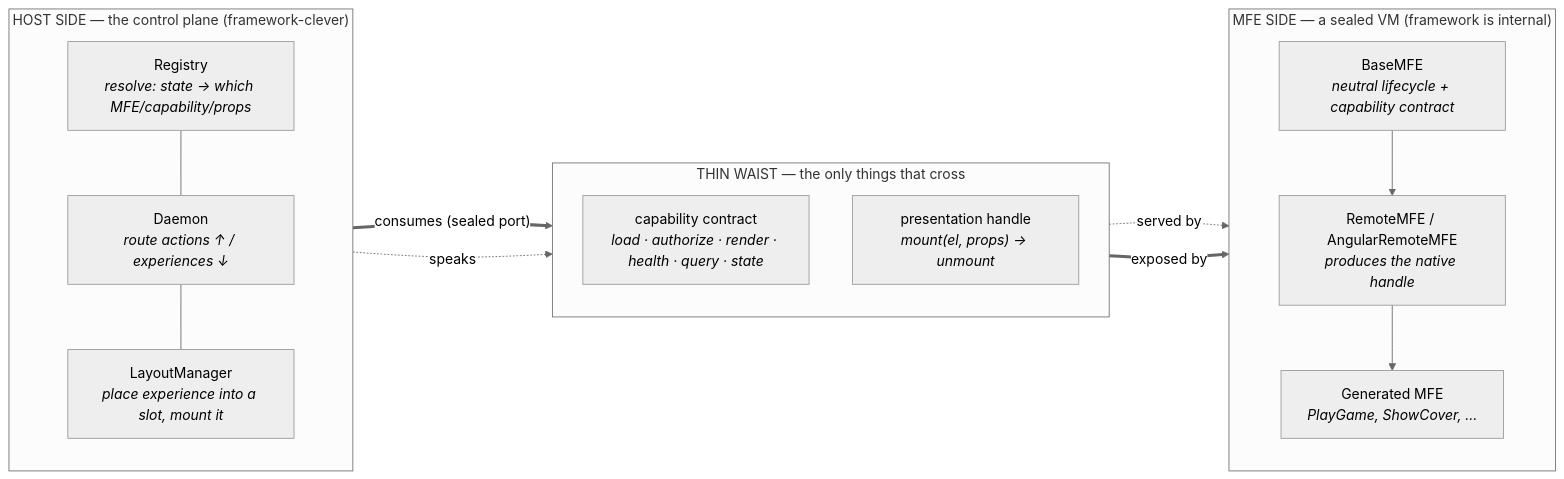
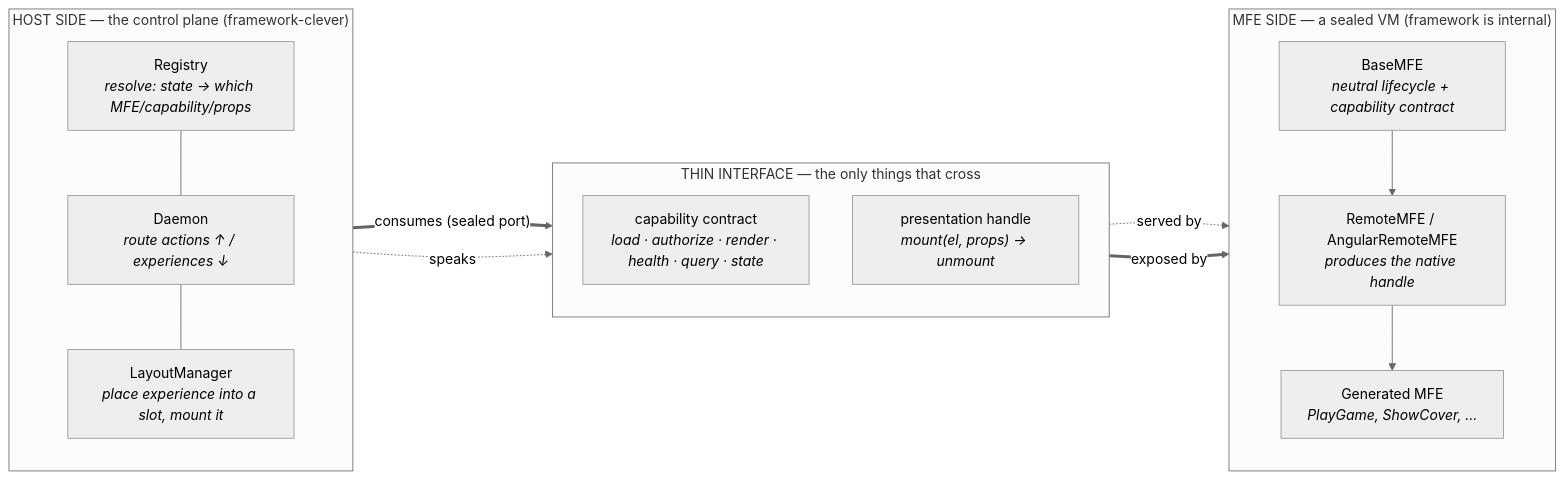
Before and after one commit to falese/seans-mfe-tool: the first of 4 diagrams in docs/architecture-runtime-platform.md, drawn with Mermaid (neutral theme). The commit also changed other lines of this file and 15 other files, not shown here.

First line of the commit message:
docs: call the presentation boundary an interface, not a thin waist

````diff
--- a/docs/architecture-runtime-platform.md
+++ b/docs/architecture-runtime-platform.md
@@ -22,29 +22,29 @@
 ```mermaid
 flowchart LR
     subgraph HOST["HOST SIDE — the control plane (framework-clever)"]
         direction TB
         REG["Registry<br/><i>resolve: state → which MFE/capability/props</i>"]
         DAEMON["Daemon<br/><i>route actions ↑ / experiences ↓</i>"]
         LM["LayoutManager<br/><i>place experience into a slot, mount it</i>"]
         REG --- DAEMON --- LM
     end
 
-    subgraph WAIST["THIN WAIST — the only things that cross"]
+    subgraph INTERFACE["THIN INTERFACE — the only things that cross"]
         direction TB
         CAP["capability contract<br/><i>load · authorize · render · health · query · state</i>"]
         HANDLE["presentation handle<br/><i>mount(el, props) → unmount</i>"]
     end
 
     subgraph MFE["MFE SIDE — a sealed VM (framework is internal)"]
         direction TB
         BASE["BaseMFE<br/><i>neutral lifecycle + capability contract</i>"]
         ABS["RemoteMFE / AngularRemoteMFE<br/><i>produces the native handle</i>"]
         IMPL["Generated MFE<br/><i>PlayGame, ShowCover, …</i>"]
         BASE --> ABS --> IMPL
     end
 
     LM == "consumes (sealed port)" ==> HANDLE
     DAEMON -. "speaks" .-> CAP
     CAP -. "served by" .-> BASE
     HANDLE == "exposed by" ==> BASE
 ```
````
